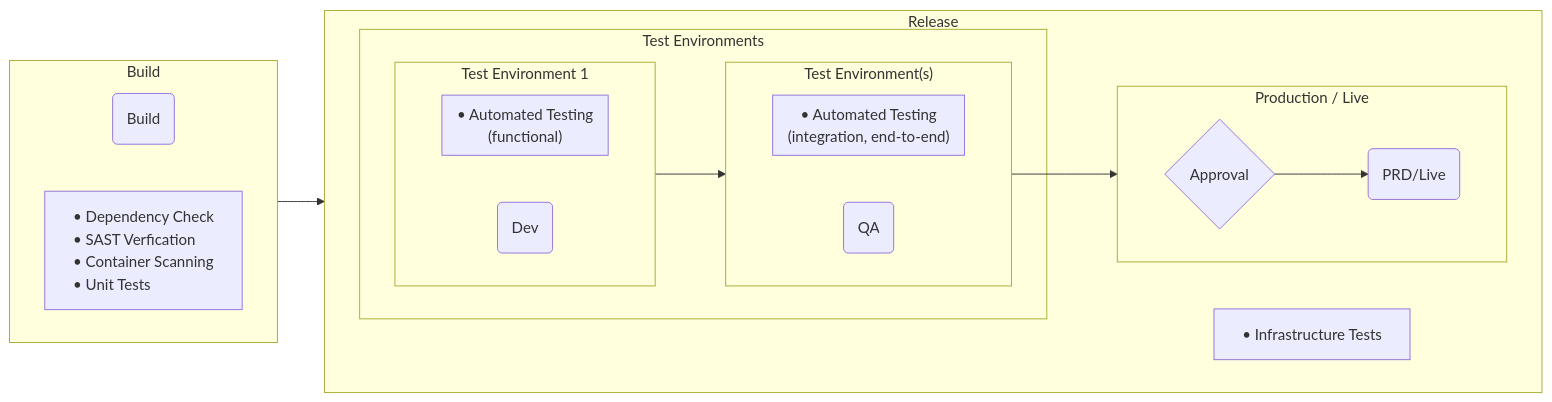
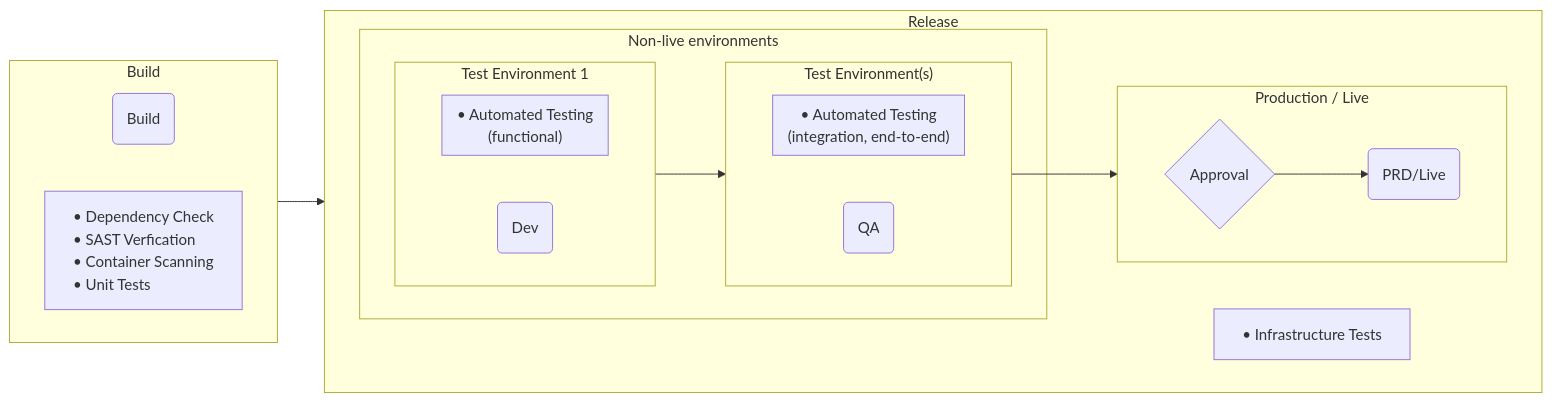
Before and after one commit to UKHO/docs: the diagram in software-engineering-policies/Pipelines/Baseline_Policy.md, drawn with Mermaid.

````diff
--- a/software-engineering-policies/Pipelines/Baseline_Policy.md
+++ b/software-engineering-policies/Pipelines/Baseline_Policy.md
@@ -15,45 +15,45 @@
 ```mermaid
 flowchart LR
     buildNode(Build)
     testEnv1Node(Dev)
     testEnvnNode(QA)
     approvalNode{Approval}
     prdNode(PRD/Live)
     infrastructureTestsNode[" #bull; Infrastructure Tests"]
     style infrastructureTestsNode align: left
     buildChecks[" #bull; Dependency Check\n #bull; SAST Verfication\n #bull; Container Scanning\n #bull; Unit Tests"]
     style buildChecks text-align:left; 
     subgraph sgBuild[Build]
     direction LR
         buildNode
         buildChecks
     end
 
   subgraph sgRelease[Release]
     direction LR
-    subgraph sgPreProd[Test Environments\n\n]
+    subgraph sgPreProd[Non-live environments\n\n]
         subgraph sgDev[Test Environment 1]
             direction LR
             testEnv1Node
             subgraph sgDevChecks[" #bull; Automated Testing </br>(functional)"]
             end 
         end
     subgraph sgQa["Test Environment(s)"]
         direction LR
         testEnvnNode
         subgraph sgQaChecks[" #bull; Automated Testing </br>(integration, end-to-end)"]
         end 
     end
     end
     subgraph sgPrd[Production / Live]
         direction LR
         approvalNode
         prdNode
     end
     infrastructureTestsNode
   end
   buildNode --> testEnv1Node
   testEnv1Node --> testEnvnNode
   testEnvnNode --> approvalNode
   approvalNode --> prdNode
 ```
````
